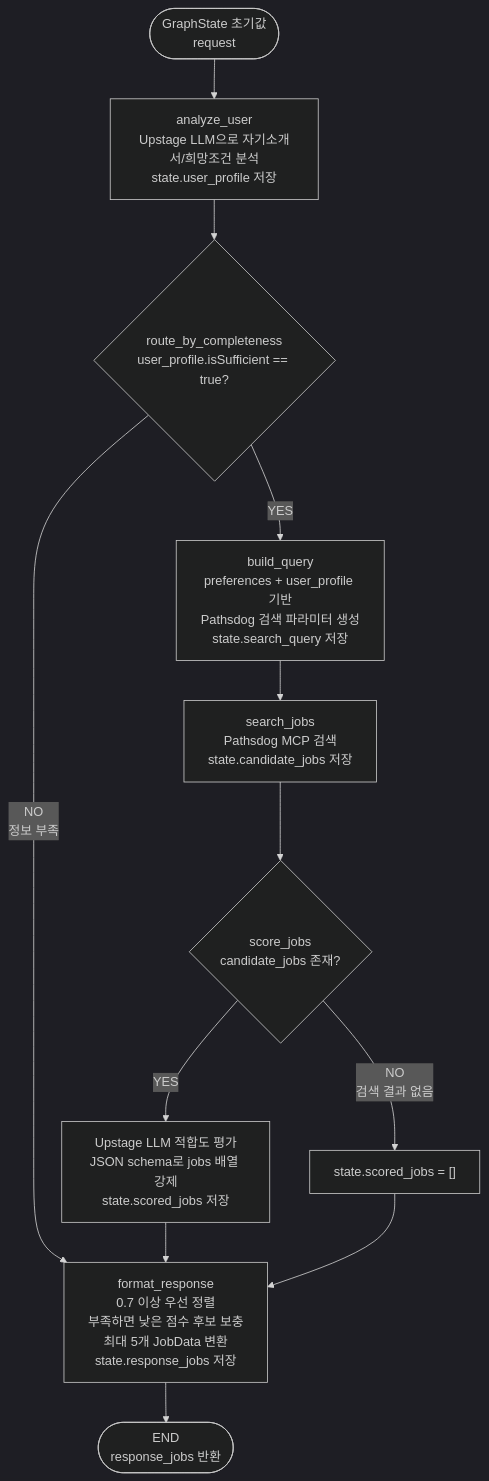
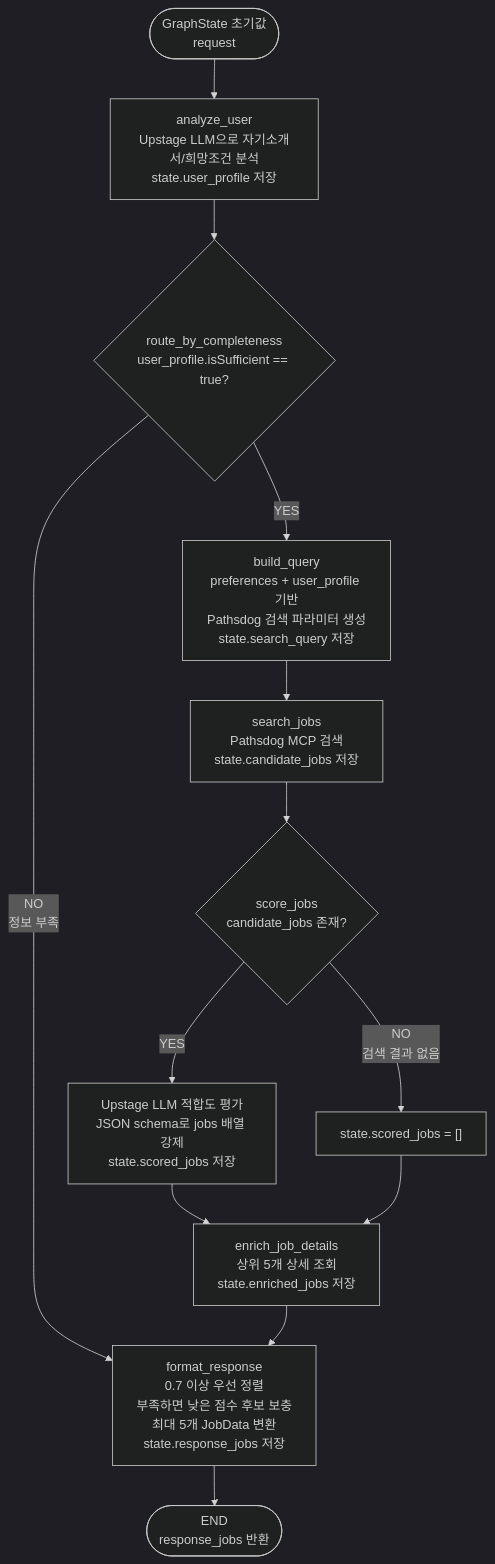
The second of 2 diagrams in ai_server/README.md (msde76/-ai-sw-maestro-ai-study-05), drawn with Mermaid (dark theme) before and after one commit. The commit also changed other lines of this file, not shown here.

````diff
--- a/ai_server/README.md
+++ b/ai_server/README.md
@@ -60,25 +62,27 @@
 ```mermaid
 flowchart TD
     Start([GraphState 초기값<br/>request])
     Analyze["analyze_user<br/>Upstage LLM으로 자기소개서/희망조건 분석<br/>state.user_profile 저장"]
     Route{"route_by_completeness<br/>user_profile.isSufficient == true?"}
     Build["build_query<br/>preferences + user_profile 기반<br/>Pathsdog 검색 파라미터 생성<br/>state.search_query 저장"]
     Search["search_jobs<br/>Pathsdog MCP 검색<br/>state.candidate_jobs 저장"]
     Score{"score_jobs<br/>candidate_jobs 존재?"}
     ScoreLLM["Upstage LLM 적합도 평가<br/>JSON schema로 jobs 배열 강제<br/>state.scored_jobs 저장"]
     ScoreEmpty["state.scored_jobs = []"]
+    Enrich["enrich_job_details<br/>상위 5개 상세 조회<br/>state.enriched_jobs 저장"]
     Format["format_response<br/>0.7 이상 우선 정렬<br/>부족하면 낮은 점수 후보 보충<br/>최대 5개 JobData 변환<br/>state.response_jobs 저장"]
     End([END<br/>response_jobs 반환])
 
     Start --> Analyze
     Analyze --> Route
     Route -->|"YES"| Build
     Route -->|"NO<br/>정보 부족"| Format
     Build --> Search
     Search --> Score
     Score -->|"YES"| ScoreLLM
     Score -->|"NO<br/>검색 결과 없음"| ScoreEmpty
-    ScoreLLM --> Format
-    ScoreEmpty --> Format
+    ScoreLLM --> Enrich
+    ScoreEmpty --> Enrich
+    Enrich --> Format
     Format --> End
 ```
````
